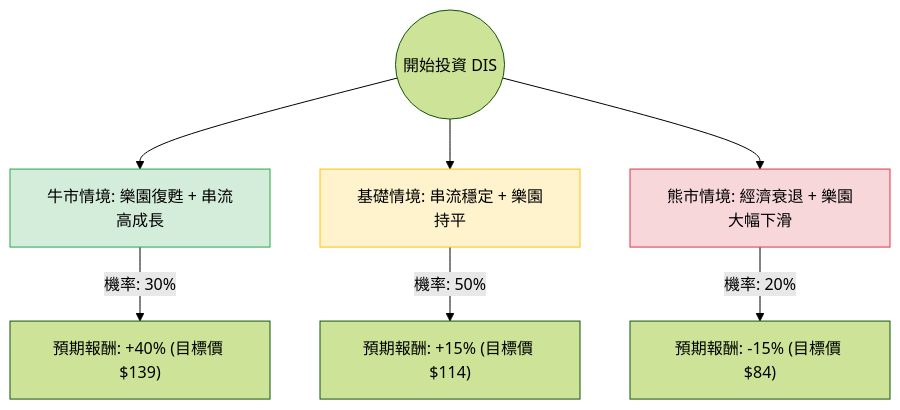
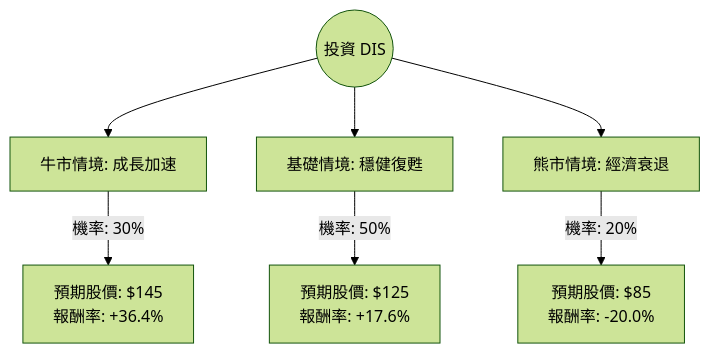
The diagram in plugin-react/ai-analysis/ev-analysis/DIS.md (zmcx16/zmcx16.github.io), drawn with Mermaid (forest theme) before and after one commit. The commit also changed other lines of this file and 70 other files, not shown here.

````diff
--- a/plugin-react/ai-analysis/ev-analysis/DIS.md
+++ b/plugin-react/ai-analysis/ev-analysis/DIS.md
@@ -20,14 +20,10 @@
 ```mermaid
 graph TD
-    Start((開始投資 DIS)) --> Bull[牛市情境: 樂園復甦 + 串流高成長]
-    Start --> Base[基礎情境: 串流穩定 + 樂園持平]
-    Start --> Bear[熊市情境: 經濟衰退 + 樂園大幅下滑]
+    Start((投資 DIS)) --> Bull[牛市情境: 成長加速]
+    Start --> Base[基礎情境: 穩健復甦]
+    Start --> Bear[熊市情境: 經濟衰退]
 
-    Bull -- "機率: 30%" --> Bull_EV["預期報酬: +40% (目標價 $139)"]
-    Base -- "機率: 50%" --> Base_EV["預期報酬: +15% (目標價 $114)"]
-    Bear -- "機率: 20%" --> Bear_EV["預期報酬: -15% (目標價 $84)"]
-
-    style Bull fill:#d4edda,stroke:#28a745
-    style Base fill:#fff3cd,stroke:#ffc107
-    style Bear fill:#f8d7da,stroke:#dc3545
+    Bull -- "機率: 30%" --> BullVal["預期股價: $145 <br> 報酬率: +36.4%"]
+    Base -- "機率: 50%" --> BaseVal["預期股價: $125 <br> 報酬率: +17.6%"]
+    Bear -- "機率: 20%" --> BearVal["預期股價: $85 <br> 報酬率: -20.0%"]
 ```
````
